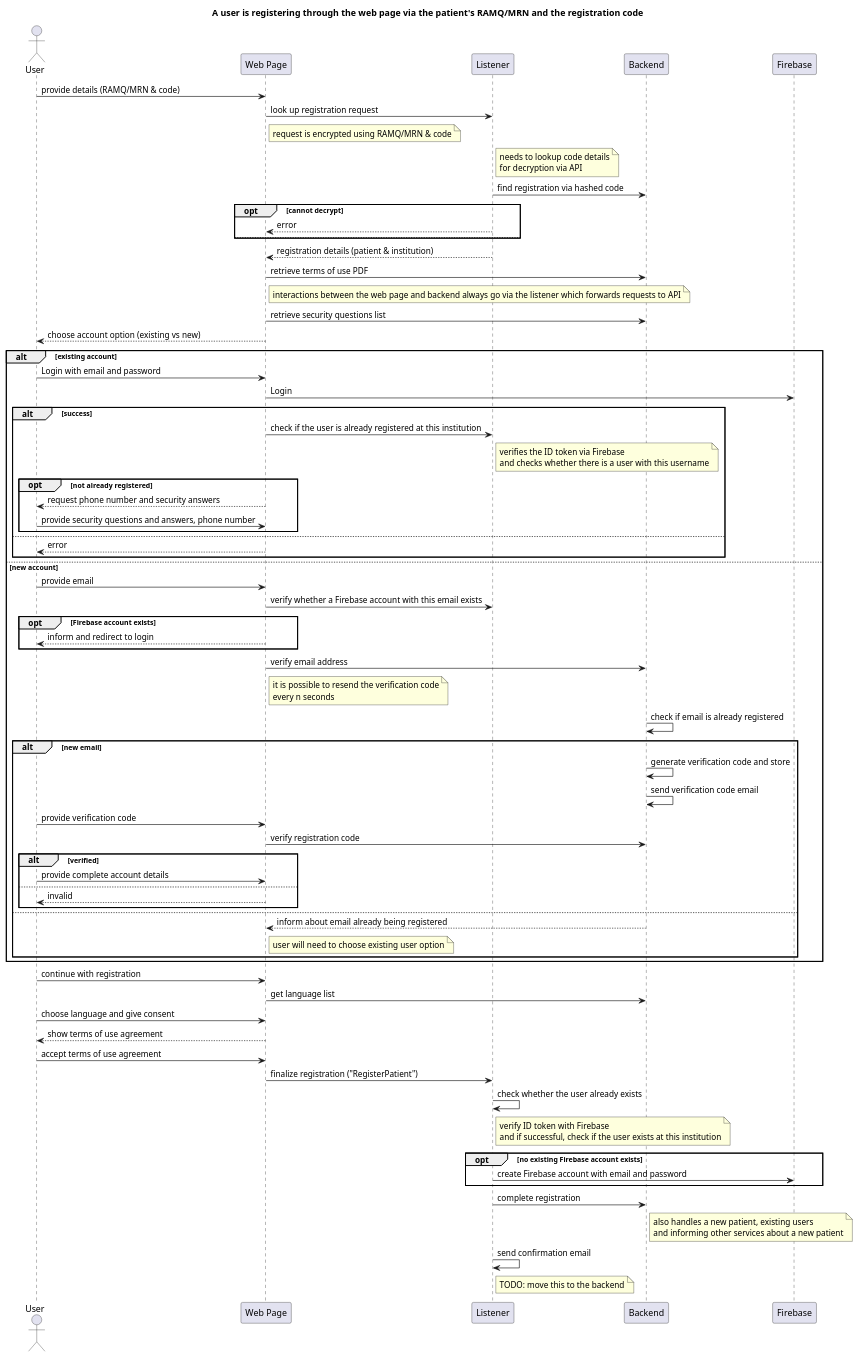
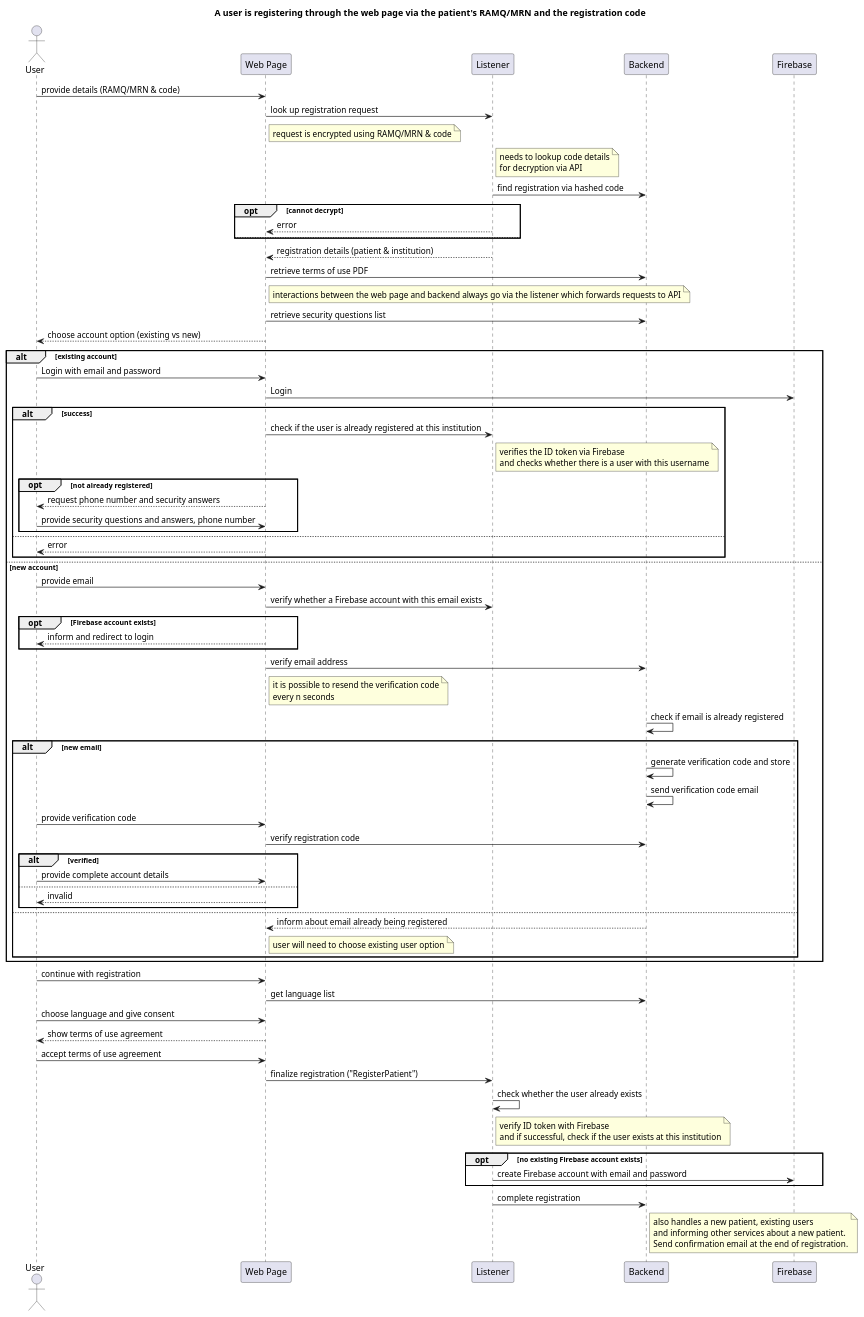
Before and after one commit to opalmedapps/docs: the diagram in docs/development/architecture/diagrams/registration.puml, drawn with PlantUML.

Commit message:
changed registration.puml reflect current status

```diff
--- a/docs/development/architecture/diagrams/registration.puml
+++ b/docs/development/architecture/diagrams/registration.puml
@@ -1,87 +1,84 @@
 @startuml sequence
 
 title "A user is registering through the web page via the patient's RAMQ/MRN and the registration code"
 
 actor User
 participant FE as "Web Page"
 participant BE as "Listener"
 participant API as "Backend"
 participant Firebase
 
 User -> FE: provide details (RAMQ/MRN & code)
 FE -> BE: look up registration request
 note right of FE: request is encrypted using RAMQ/MRN & code
 note right of BE: needs to lookup code details\nfor decryption via API
 BE -> API: find registration via hashed code
 
 opt cannot decrypt
     BE --> FE: error
 else
 end
 
 BE --> FE: registration details (patient & institution)
 FE -> API: retrieve terms of use PDF
 note right of FE: interactions between the web page and backend always go via the listener which forwards requests to API
 FE -> API: retrieve security questions list
 FE --> User: choose account option (existing vs new)
 
 alt existing account
     User -> FE: Login with email and password
     FE -> Firebase: Login
     alt success
         FE -> BE: check if the user is already registered at this institution
         note right of BE: verifies the ID token via Firebase\nand checks whether there is a user with this username
         opt not already registered
             FE --> User: request phone number and security answers
             User -> FE: provide security questions and answers, phone number
         end
     else
         FE --> User: error
     end
 else new account
     User -> FE: provide email
     FE -> BE: verify whether a Firebase account with this email exists
     opt Firebase account exists
         FE --> User: inform and redirect to login
     end
     FE -> API: verify email address
     note right of FE: it is possible to resend the verification code\nevery n seconds
     API -> API: check if email is already registered
     alt new email
         API -> API: generate verification code and store
         API -> API: send verification code email
         User -> FE: provide verification code
         FE -> API: verify registration code
 
         alt verified
             User -> FE: provide complete account details
         else
             FE --> User: invalid
         end
     else
         API --> FE: inform about email already being registered
         note right of FE: user will need to choose existing user option
     end
 end
 
 User -> FE: continue with registration
 FE -> API: get language list
 User -> FE: choose language and give consent
 FE --> User: show terms of use agreement
 User -> FE: accept terms of use agreement
 FE -> BE: finalize registration ("RegisterPatient")
 
 BE -> BE: check whether the user already exists
 note right of BE: verify ID token with Firebase\nand if successful, check if the user exists at this institution
 
 opt no existing Firebase account exists
     BE -> Firebase: create Firebase account with email and password
 end
 
 BE -> API: complete registration
-note right of API: also handles a new patient, existing users\nand informing other services about a new patient
-
-BE -> BE: send confirmation email
-note right of BE: TODO: move this to the backend
+note right of API: also handles a new patient, existing users\nand informing other services about a new patient. \nSend confirmation email at the end of registration.
 
 @enduml
```
